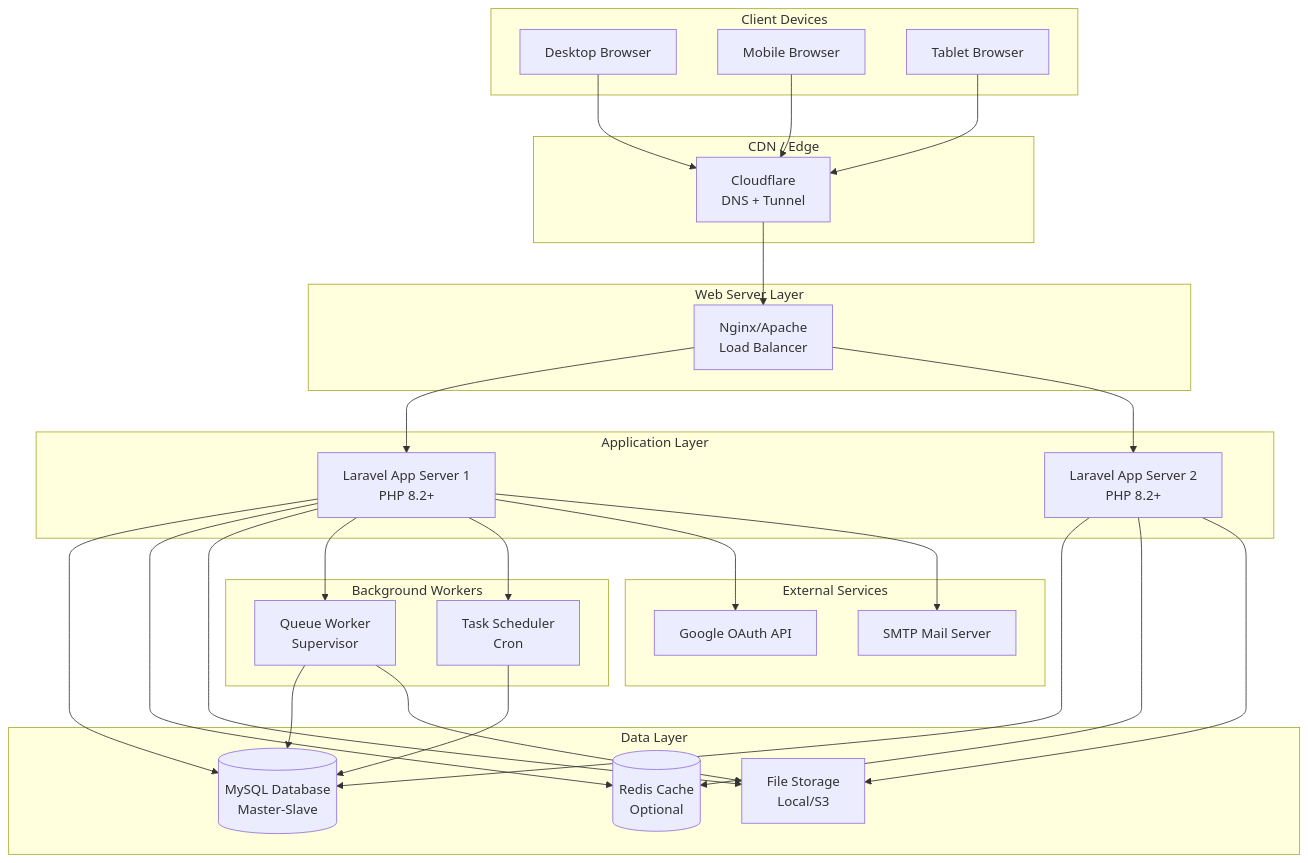
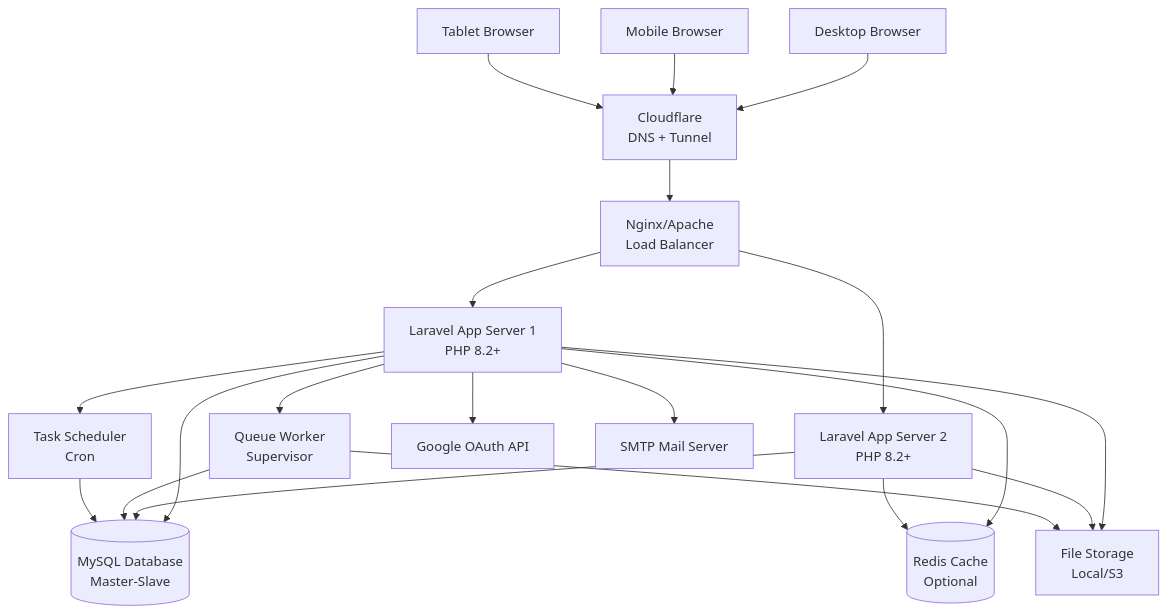
Diagram 16 of 28 in UML.md (vd120/laravel_project), drawn with Mermaid before and after one commit. The commit also changed other lines of this file, not shown here.

````diff
--- a/UML.md
+++ b/UML.md
@@ -1173,64 +1035,37 @@
 ```mermaid
 flowchart TB
-    subgraph "Client Devices"
-        Desktop[Desktop Browser]
-        Mobile[Mobile Browser]
-        Tablet[Tablet Browser]
-    end
-
-    subgraph "CDN / Edge"
-        Cloudflare[Cloudflare<br/>DNS + Tunnel]
-    end
-
-    subgraph "Web Server Layer"
-        Nginx[Nginx/Apache<br/>Load Balancer]
-    end
-
-    subgraph "Application Layer"
-        AppServer1[Laravel App Server 1<br/>PHP 8.2+]
-        AppServer2[Laravel App Server 2<br/>PHP 8.2+]
-    end
-
-    subgraph "Background Workers"
-        QueueWorker[Queue Worker<br/>Supervisor]
-        Scheduler[Task Scheduler<br/>Cron]
-    end
-
-    subgraph "Data Layer"
-        MySQL[(MySQL Database<br/>Master-Slave)]
-        Redis[(Redis Cache<br/>Optional)]
-        FileStorage[File Storage<br/>Local/S3]
-    end
-
-    subgraph "External Services"
-        Google[Google OAuth API]
-        SMTP[SMTP Mail Server]
-    end
+    Desktop[Desktop Browser]
+    Mobile[Mobile Browser]
+    Tablet[Tablet Browser]
+    Cloudflare[Cloudflare<br/>DNS + Tunnel]
+    Nginx[Nginx/Apache<br/>Load Balancer]
+    AppServer1[Laravel App Server 1<br/>PHP 8.2+]
+    AppServer2[Laravel App Server 2<br/>PHP 8.2+]
+    QueueWorker[Queue Worker<br/>Supervisor]
+    Scheduler[Task Scheduler<br/>Cron]
+    MySQL[(MySQL Database<br/>Master-Slave)]
+    Redis[(Redis Cache<br/>Optional)]
+    FileStorage[File Storage<br/>Local/S3]
+    Google[Google OAuth API]
+    SMTP[SMTP Mail Server]
 
     Desktop --> Cloudflare
     Mobile --> Cloudflare
     Tablet --> Cloudflare
-
     Cloudflare --> Nginx
-
     Nginx --> AppServer1
     Nginx --> AppServer2
-
     AppServer1 --> MySQL
     AppServer1 --> Redis
     AppServer1 --> FileStorage
     AppServer1 --> QueueWorker
     AppServer1 --> Scheduler
-
     AppServer2 --> MySQL
     AppServer2 --> Redis
     AppServer2 --> FileStorage
-
     QueueWorker --> MySQL
     QueueWorker --> FileStorage
-
     Scheduler --> MySQL
-
     AppServer1 --> Google
     AppServer1 --> SMTP
 ```
````
